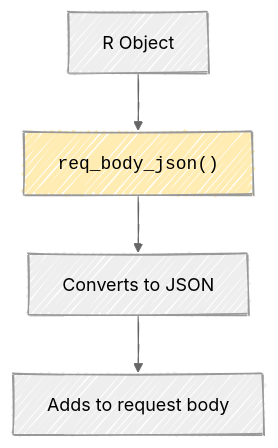
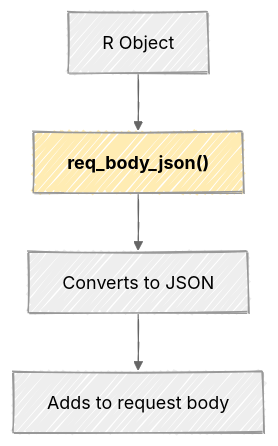
Before and after one commit to mjfrigaard/do4ds-labs: the third of 10 diagrams in r-app-api.qmd, drawn with Mermaid. The commit also changed other lines of this file and 34 other files, not shown here.

Commit message:
updates to mermaid

````diff
--- a/r-app-api.qmd
+++ b/r-app-api.qmd
@@ -338,13 +338,13 @@
 ```{mermaid}
 %%| fig-width: 6.5
 %%| fig-align: center
 %%{init: {'theme': 'neutral', 'look': 'handDrawn', 'themeVariables': { 'fontFamily': 'monospace'}}}%%
 
 graph TD
-	A[R Object] --> B["<code>req_body_json()</code>"]
+	A[R Object] --> B["<strong>req_body_json()</strong>"]
 	B --> C["Converts to JSON"]
 	C --> D["Adds to request body"]
 
 style B fill:#ffecb3
 
 ```
````
